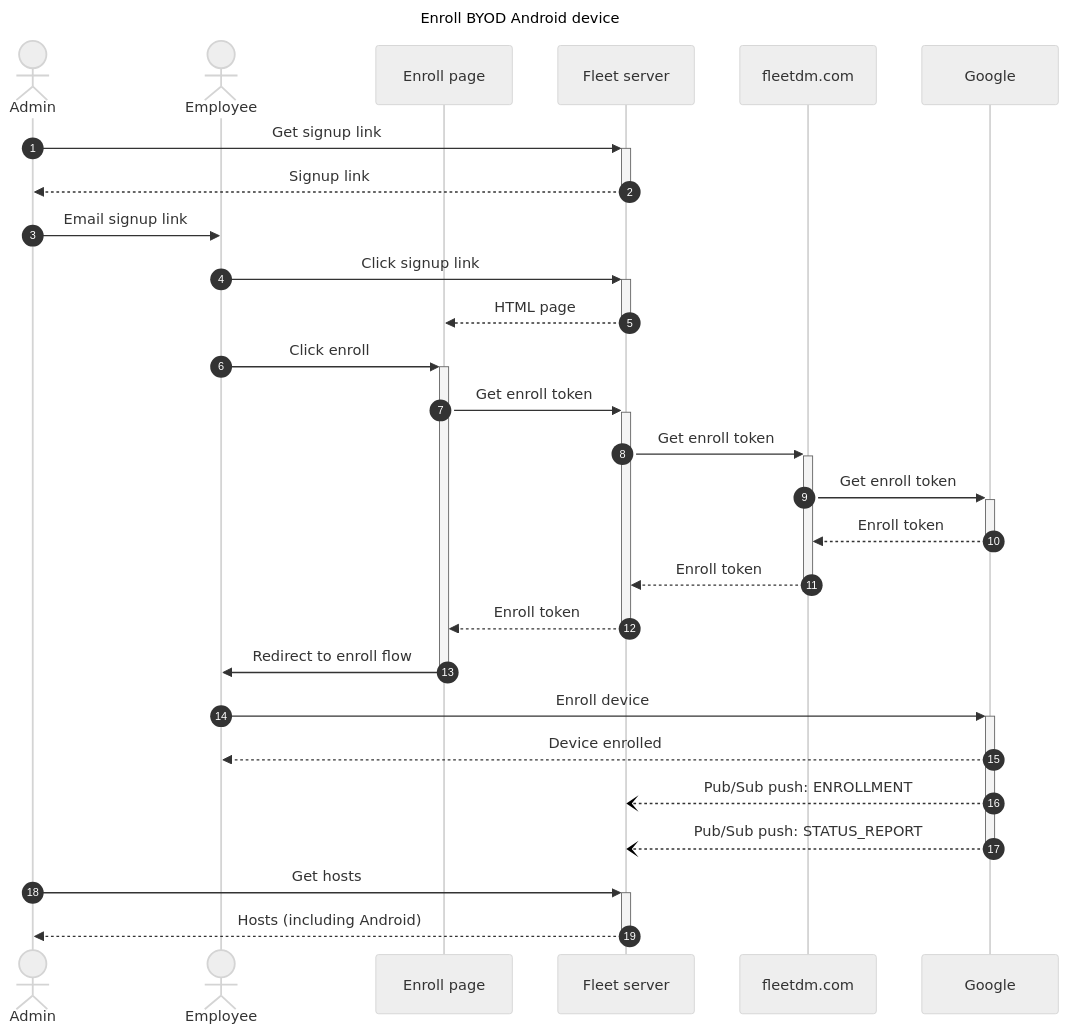
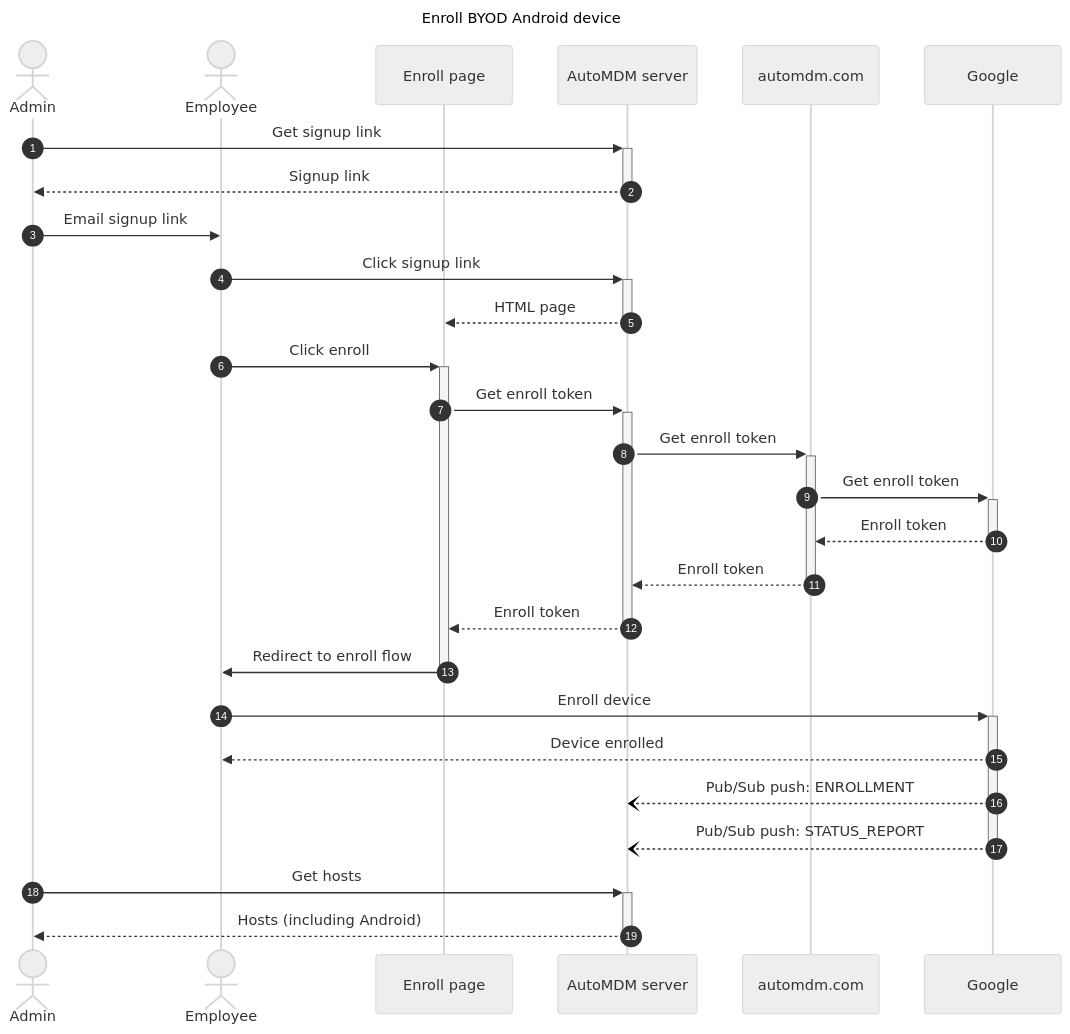
Before and after one commit to anilyagiz/AutoMDM: the second of 3 diagrams in docs/Contributing/mdm/android/android-mdm.md, drawn with Mermaid (neutral theme). The commit also changed other lines of this file and 7979 other files, not shown here.

First line of the commit message:
Rebrand Fleet as AutoMDM (mechanical pass)

````diff
--- a/docs/Contributing/mdm/android/android-mdm.md
+++ b/docs/Contributing/mdm/android/android-mdm.md
@@ -114,36 +114,36 @@
 ```mermaid
 ---
 title: Enroll BYOD Android device
 ---
 sequenceDiagram
     autonumber
     actor Admin
     actor Employee
     participant Enroll page
-    participant Fleet server
-    participant fleetdm.com
+    participant AutoMDM server
+    participant automdm.com
     participant Google
 
-    Admin->>+Fleet server: Get signup link
-    Fleet server-->>-Admin: Signup link
+    Admin->>+AutoMDM server: Get signup link
+    AutoMDM server-->>-Admin: Signup link
 
     Admin->>Employee: Email signup link
-    Employee->>+Fleet server: Click signup link
-    Fleet server-->>-Enroll page: HTML page
+    Employee->>+AutoMDM server: Click signup link
+    AutoMDM server-->>-Enroll page: HTML page
     Employee->>+Enroll page: Click enroll
-    Enroll page->>+Fleet server: Get enroll token
-    Fleet server->>+fleetdm.com: Get enroll token
-    fleetdm.com->>+Google: Get enroll token
-    Google-->>-fleetdm.com: Enroll token
-    fleetdm.com-->>-Fleet server: Enroll token
-    Fleet server-->>-Enroll page: Enroll token
+    Enroll page->>+AutoMDM server: Get enroll token
+    AutoMDM server->>+automdm.com: Get enroll token
+    automdm.com->>+Google: Get enroll token
+    Google-->>-automdm.com: Enroll token
+    automdm.com-->>-AutoMDM server: Enroll token
+    AutoMDM server-->>-Enroll page: Enroll token
     Enroll page->>-Employee: Redirect to enroll flow
 
     Employee->>+Google: Enroll device
     Google-->>Employee: Device enrolled
-    Google--)Fleet server: Pub/Sub push: ENROLLMENT
-    Google--)-Fleet server: Pub/Sub push: STATUS_REPORT
+    Google--)AutoMDM server: Pub/Sub push: ENROLLMENT
+    Google--)-AutoMDM server: Pub/Sub push: STATUS_REPORT
 
-    Admin->>+Fleet server: Get hosts
-    Fleet server-->>-Admin: Hosts (including Android)
+    Admin->>+AutoMDM server: Get hosts
+    AutoMDM server-->>-Admin: Hosts (including Android)
 ```
````
